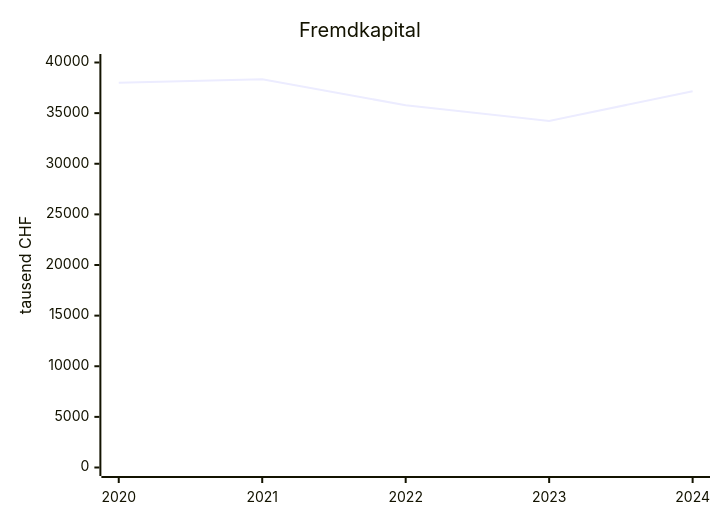
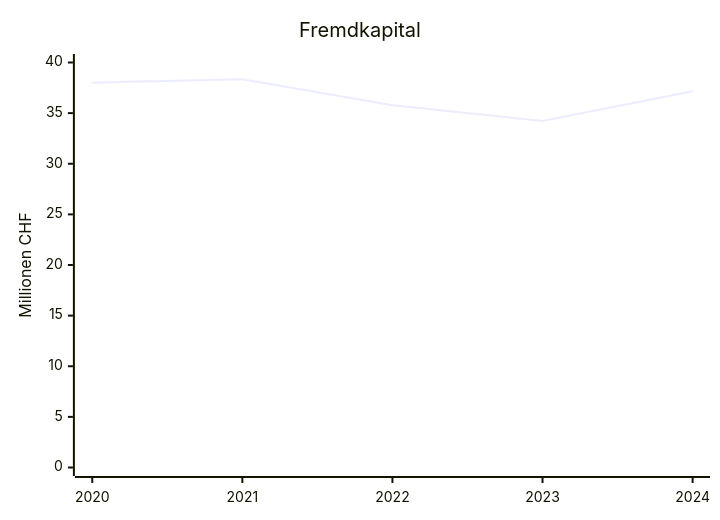
The third of 8 diagrams in docs/politics/finanzen-beringen.md (risajef/risajef.github.io), drawn with Mermaid before and after one commit. The commit also changed other lines of this file, not shown here.

````diff
--- a/docs/politics/finanzen-beringen.md
+++ b/docs/politics/finanzen-beringen.md
@@ -54,7 +51,7 @@
 ```mermaid
 xychart
 title "Fremdkapital"
 x-axis [2020, 2021, 2022, 2023, 2024]
-y-axis "tausend CHF" 0 --> 40000
-line [38010, 38342, 35781, 34232, 37158]
+y-axis "Millionen CHF" 0 --> 40
+line [38.010, 38.342, 35.781, 34.232, 37.158]
 ```
````
